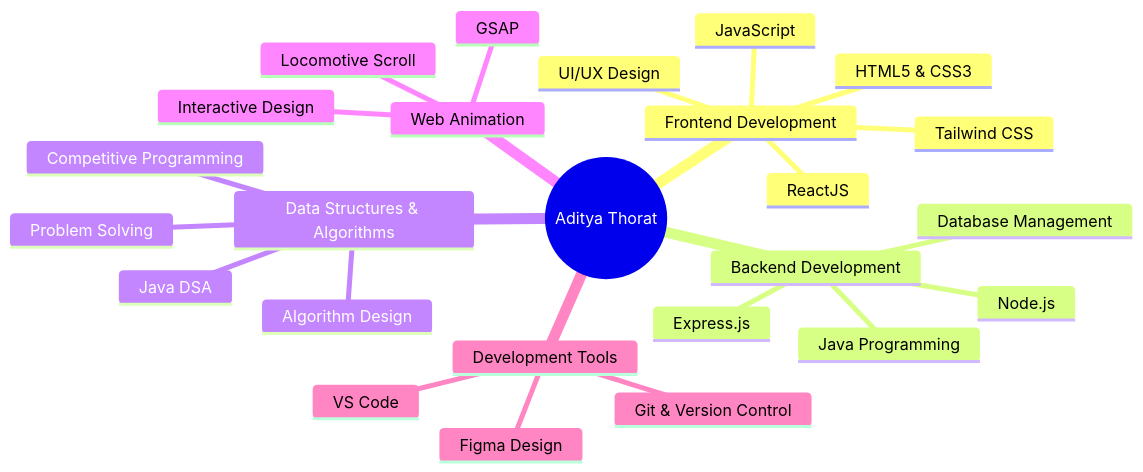
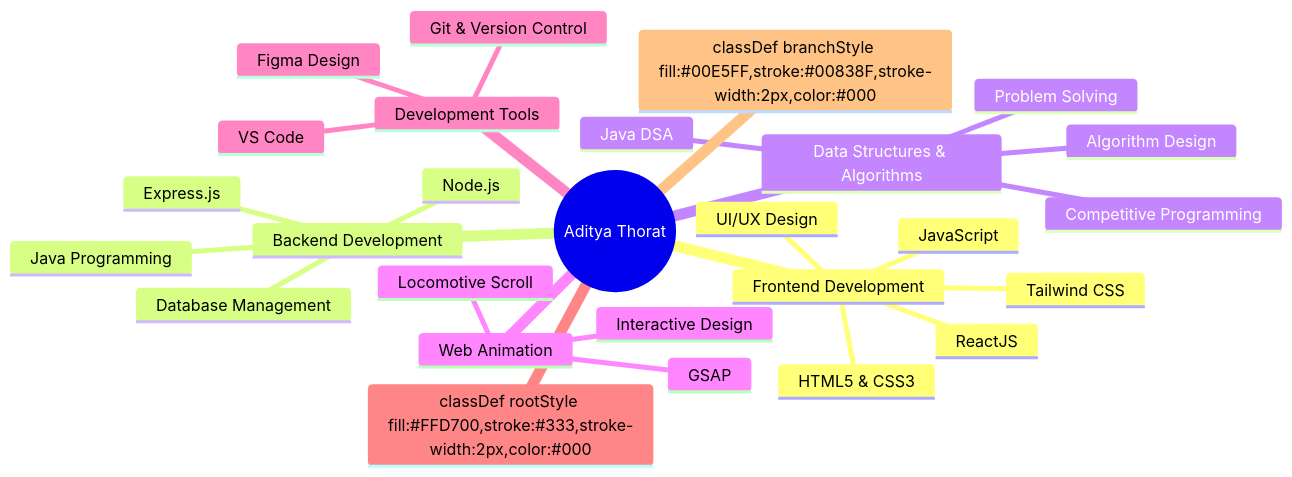
One commit to AdiThorat-eth/AdiThorat-eth changed the diagram in README.md. Above: the diagram before and after it, drawn with Mermaid.

Commit message:
Update README with development skills mindmap

````diff
--- a/README.md
+++ b/README.md
@@ -86,28 +86,37 @@
 ```mermaid
 mindmap
   root((Aditya Thorat))
+    :::rootStyle
     Frontend Development
+      :::branchStyle
       ReactJS
       HTML5 & CSS3
       JavaScript
       Tailwind CSS
       UI/UX Design
     Backend Development
+      :::branchStyle
       Java Programming
       Node.js
       Express.js
       Database Management
     Data Structures & Algorithms
+      :::branchStyle
       Problem Solving
       Algorithm Design
       Java DSA
       Competitive Programming
     Web Animation
+      :::branchStyle
       GSAP
       Locomotive Scroll
       Interactive Design
     Development Tools
+      :::branchStyle
       Git & Version Control
       VS Code
       Figma Design
+
+    classDef rootStyle fill:#FFD700,stroke:#333,stroke-width:2px,color:#000
+    classDef branchStyle fill:#00E5FF,stroke:#00838F,stroke-width:2px,color:#000
 ```
````
